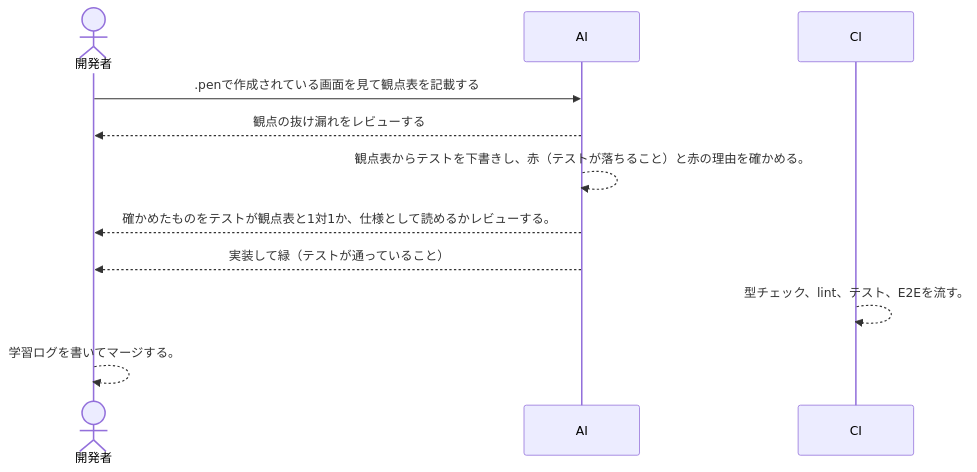
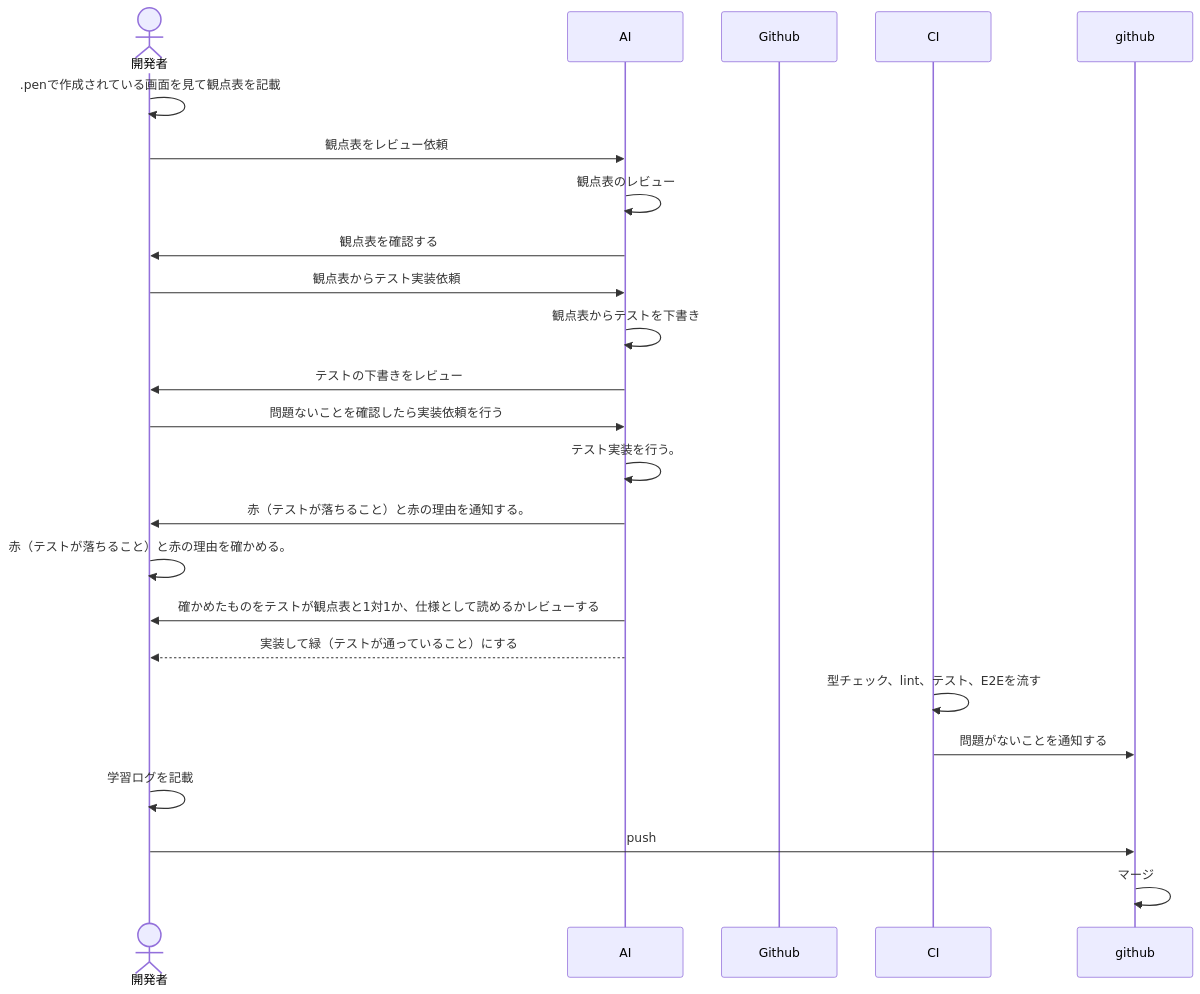
One commit to yuuya-1205/selfsketch-web changed the diagram in docs/design/test/README.md. Above: the diagram before and after it, drawn with Mermaid.

Commit message:
docs: フロー図の修正

````diff
--- a/docs/design/test/README.md
+++ b/docs/design/test/README.md
@@ -47,14 +47,25 @@
 ```mermaid
 sequenceDiagram
    actor 開発者
    participant AI
+   participant Github
    participant CI
-  開発者->>AI: .penで作成されている画面を見て観点表を記載する
-  AI -->> 開発者: 観点の抜け漏れをレビューする
-  AI -->> AI: 観点表からテストを下書きし、赤（テストが落ちること）と赤の理由を確かめる。
-  AI -->> 開発者: 確かめたものをテストが観点表と1対1か、仕様として読めるかレビューする。
-  AI -->> 開発者: 実装して緑（テストが通っていること）
-  CI -->> CI:型チェック、lint、テスト、E2Eを流す。
-  開発者 -->> 開発者: 学習ログを書いてマージする。
-
+  開発者->>開発者: .penで作成されている画面を見て観点表を記載
+  開発者->>AI: 観点表をレビュー依頼
+  AI->>AI: 観点表のレビュー
+  AI->>開発者: 観点表を確認する
+  開発者->>AI: 観点表からテスト実装依頼
+  AI->>AI: 観点表からテストを下書き
+  AI->>開発者: テストの下書きをレビュー
+  開発者->>AI: 問題ないことを確認したら実装依頼を行う
+  AI->>AI: テスト実装を行う。
+  AI->>開発者: 赤（テストが落ちること）と赤の理由を通知する。
+  開発者->>開発者:赤（テストが落ちること）と赤の理由を確かめる。
+  AI->>開発者: 確かめたものをテストが観点表と1対1か、仕様として読めるかレビューする
+  AI-->>開発者: 実装して緑（テストが通っていること）にする
+  CI->>CI:型チェック、lint、テスト、E2Eを流す
+  CI->>github:問題がないことを通知する
+  開発者->>開発者: 学習ログを記載
+  開発者->>github: push
+  github->>github: マージ
 ```
````
